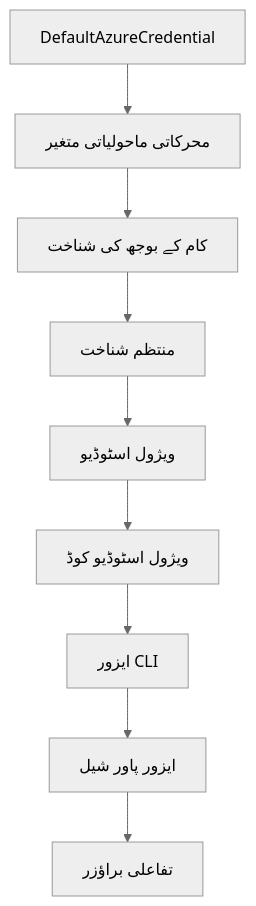
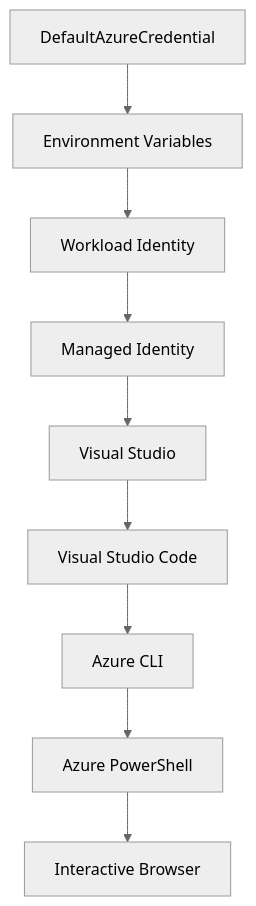
Before and after one commit to microsoft/AZD-for-beginners: the second of 2 diagrams in translations/ur/docs/chapter-01-foundation/azd-basics.md, drawn with Mermaid (neutral theme). The commit also changed other lines of this file and 40 other files, not shown here.

````diff
--- a/translations/ur/docs/chapter-01-foundation/azd-basics.md
+++ b/translations/ur/docs/chapter-01-foundation/azd-basics.md
@@ -606,11 +618,11 @@
 ```mermaid
 graph TD
-    A[DefaultAzureCredential] --> B[محرکاتی ماحولیاتی متغیر]
-    B --> C[کام کے بوجھ کی شناخت]
-    C --> D[منتظم شناخت]
-    D --> E[ویژول اسٹوڈیو]
-    E --> F[ویژول اسٹوڈیو کوڈ]
-    F --> G[ایزور CLI]
-    G --> H[ایزور پاور شیل]
-    H --> I[تفاعلی براؤزر]
+    A[DefaultAzureCredential] --> B[Environment Variables]
+    B --> C[Workload Identity]
+    C --> D[Managed Identity]
+    D --> E[Visual Studio]
+    E --> F[Visual Studio Code]
+    F --> G[Azure CLI]
+    G --> H[Azure PowerShell]
+    H --> I[Interactive Browser]
 ```
````
